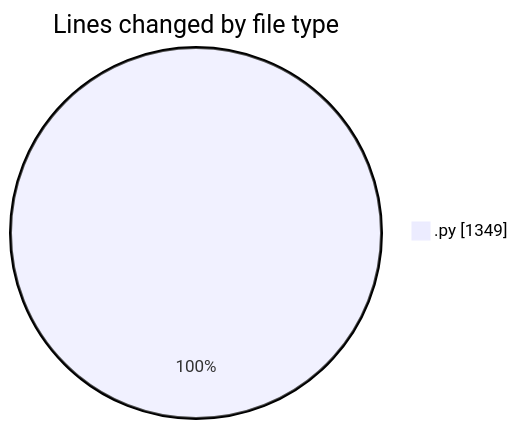
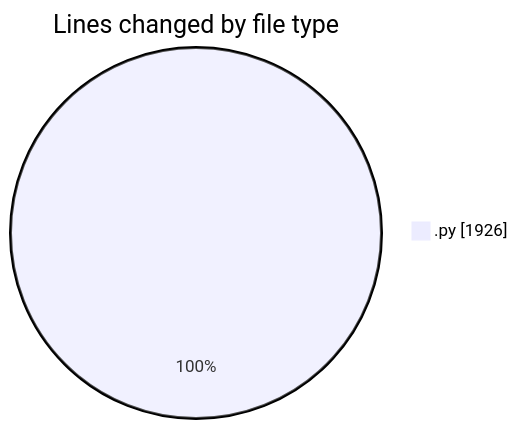
Before and after one commit to lephambinh05/code-tracking: the first of 2 diagrams in 2025-07-21/reg/README.md, drawn with Mermaid. The commit also changed other lines of this file and 1 other file, not shown here.

````diff
--- a/2025-07-21/reg/README.md
+++ b/2025-07-21/reg/README.md
@@ -25,5 +27,5 @@
 ```mermaid
 pie showData
 title Lines changed by file type
-".py" : 1349
+".py" : 1926
 ```
````
